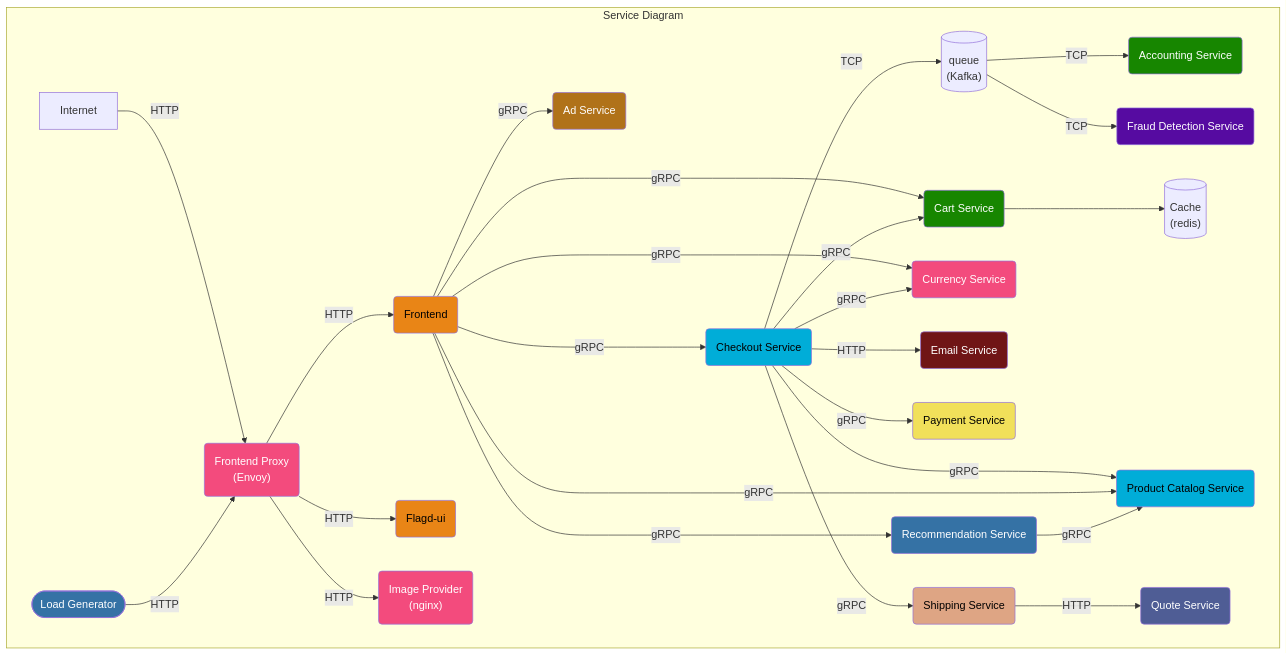
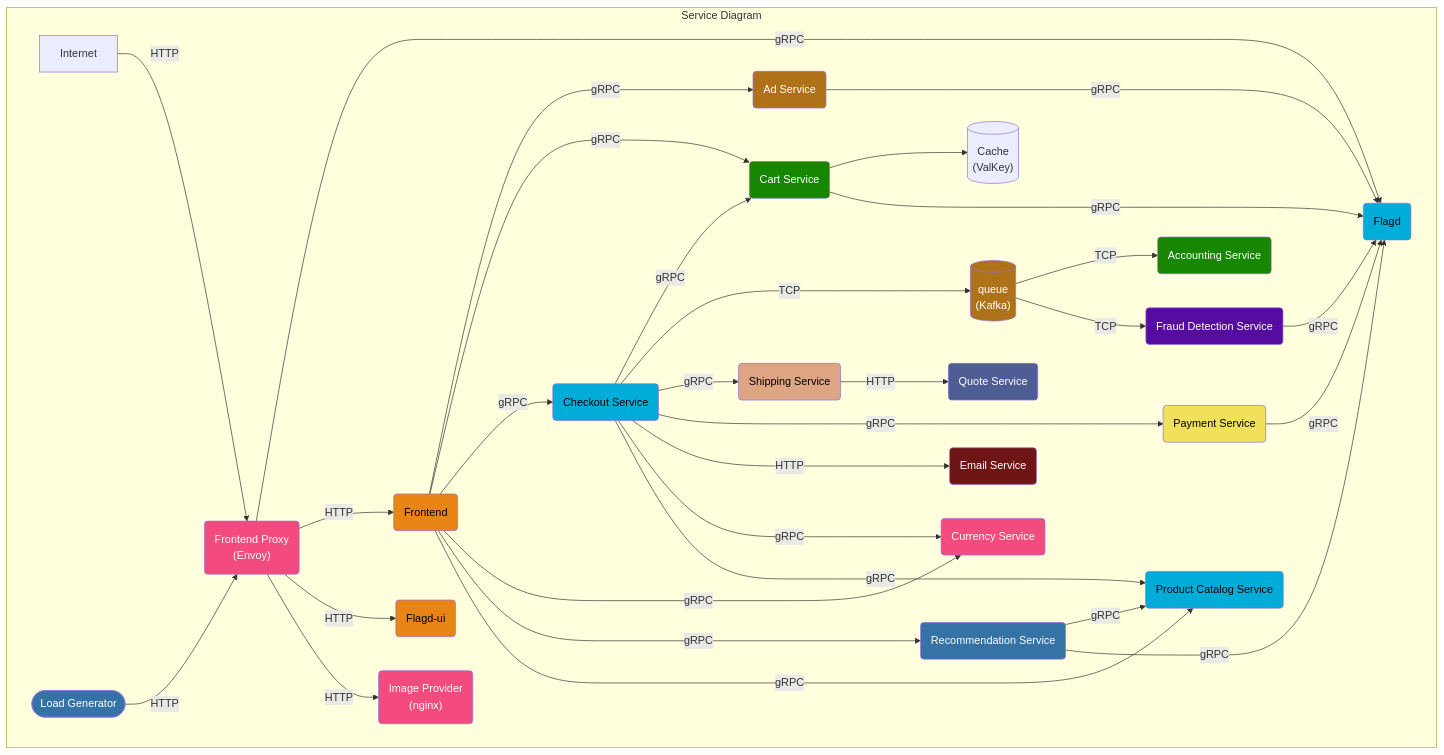
The first of 3 diagrams in content/en/docs/demo/architecture.md (open-telemetry/opentelemetry.io), drawn with Mermaid before and after one commit. The commit also changed other lines of this file, not shown here.

Commit message:
Update demo diagram

````diff
--- a/content/en/docs/demo/architecture.md
+++ b/content/en/docs/demo/architecture.md
@@ -12,65 +12,78 @@
 ```mermaid
 graph TD
 subgraph Service Diagram
 accountingservice(Accounting Service):::dotnet
 adservice(Ad Service):::java
-cache[(Cache<br/>&#40redis&#41)]
+cache[(Cache<br/>&#40ValKey&#41)]
 cartservice(Cart Service):::dotnet
 checkoutservice(Checkout Service):::golang
 currencyservice(Currency Service):::cpp
 emailservice(Email Service):::ruby
-flagd(Flagd-ui):::typescript
+flagd(Flagd):::golang
+flagdui(Flagd-ui):::typescript
 frauddetectionservice(Fraud Detection Service):::kotlin
 frontend(Frontend):::typescript
 frontendproxy(Frontend Proxy <br/>&#40Envoy&#41):::cpp
 imageprovider(Image Provider <br/>&#40nginx&#41):::cpp
 loadgenerator([Load Generator]):::python
 paymentservice(Payment Service):::javascript
 productcatalogservice(Product Catalog Service):::golang
 quoteservice(Quote Service):::php
 recommendationservice(Recommendation Service):::python
 shippingservice(Shipping Service):::rust
-queue[(queue<br/>&#40Kafka&#41)]
+queue[(queue<br/>&#40Kafka&#41)]:::java
+
+adservice ---->|gRPC| flagd
+
+checkoutservice -->|gRPC| cartservice 
+checkoutservice --->|TCP| queue
+cartservice --> cache
+cartservice -->|gRPC| flagd
+
+checkoutservice -->|gRPC| shippingservice
+checkoutservice -->|gRPC| paymentservice
+checkoutservice --->|HTTP| emailservice
+checkoutservice -->|gRPC| currencyservice
+checkoutservice -->|gRPC| productcatalogservice
+
+frauddetectionservice -->|gRPC| flagd
+
+frontend -->|gRPC| adservice
+frontend -->|gRPC| cartservice
+frontend -->|gRPC| checkoutservice
+frontend ---->|gRPC| currencyservice
+frontend ---->|gRPC| recommendationservice
+frontend -->|gRPC| productcatalogservice
+
+frontendproxy -->|gRPC| flagd
+frontendproxy -->|HTTP| frontend
+frontendproxy -->|HTTP| flagdui
+frontendproxy -->|HTTP| imageprovider
 
 Internet -->|HTTP| frontendproxy
-frontendproxy -->|HTTP| frontend
-frontendproxy -->|HTTP| flagd
+
 loadgenerator -->|HTTP| frontendproxy
-frontendproxy -->|HTTP| imageprovider
+
+paymentservice -->|gRPC| flagd
 
 queue -->|TCP| accountingservice
 queue -->|TCP| frauddetectionservice
 
-frontend -->|gRPC| cartservice
-frontend -->|gRPC| currencyservice
-
-checkoutservice -->|gRPC| cartservice --> cache
-checkoutservice -->|gRPC| productcatalogservice
-checkoutservice -->|gRPC| currencyservice
-checkoutservice -->|HTTP| emailservice
-checkoutservice -->|gRPC| paymentservice
-checkoutservice -->|gRPC| shippingservice
-checkoutservice -->|TCP| queue
-
-frontend -->|gRPC| adservice
-frontend -->|gRPC| productcatalogservice
-frontend --->|gRPC| checkoutservice
-frontend ---->|gRPC| recommendationservice -->|gRPC| productcatalogservice
+recommendationservice -->|gRPC| productcatalogservice
+recommendationservice -->|gRPC| flagd
 
 shippingservice -->|HTTP| quoteservice
-
 end
 
 classDef dotnet fill:#178600,color:white;
 classDef cpp fill:#f34b7d,color:white;
-classDef erlang fill:#b83998,color:white;
 classDef golang fill:#00add8,color:black;
 classDef java fill:#b07219,color:white;
 classDef javascript fill:#f1e05a,color:black;
 classDef kotlin fill:#560ba1,color:white;
 classDef php fill:#4f5d95,color:white;
 classDef python fill:#3572A5,color:white;
 classDef ruby fill:#701516,color:white;
 classDef rust fill:#dea584,color:black;
-classDef typescript fill:#e98516,color:black;
+classDef typescript fill:#e98516,color:black; 
 ```
````
